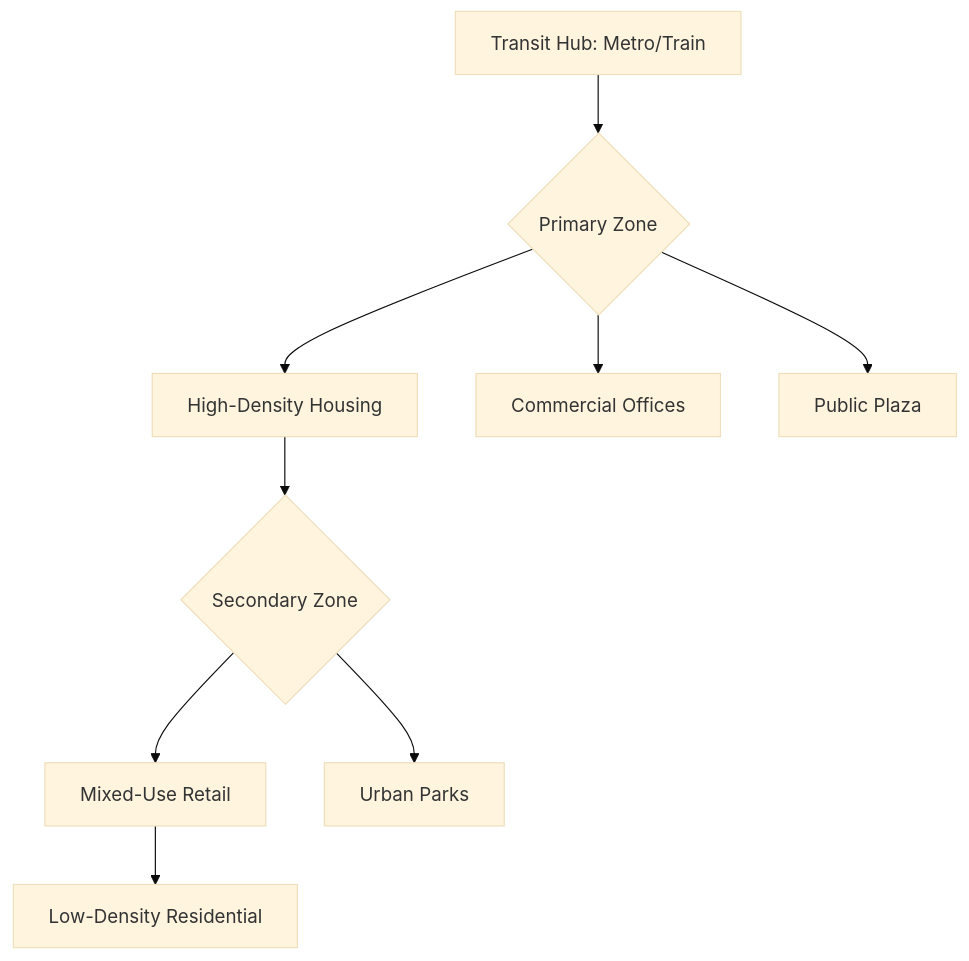
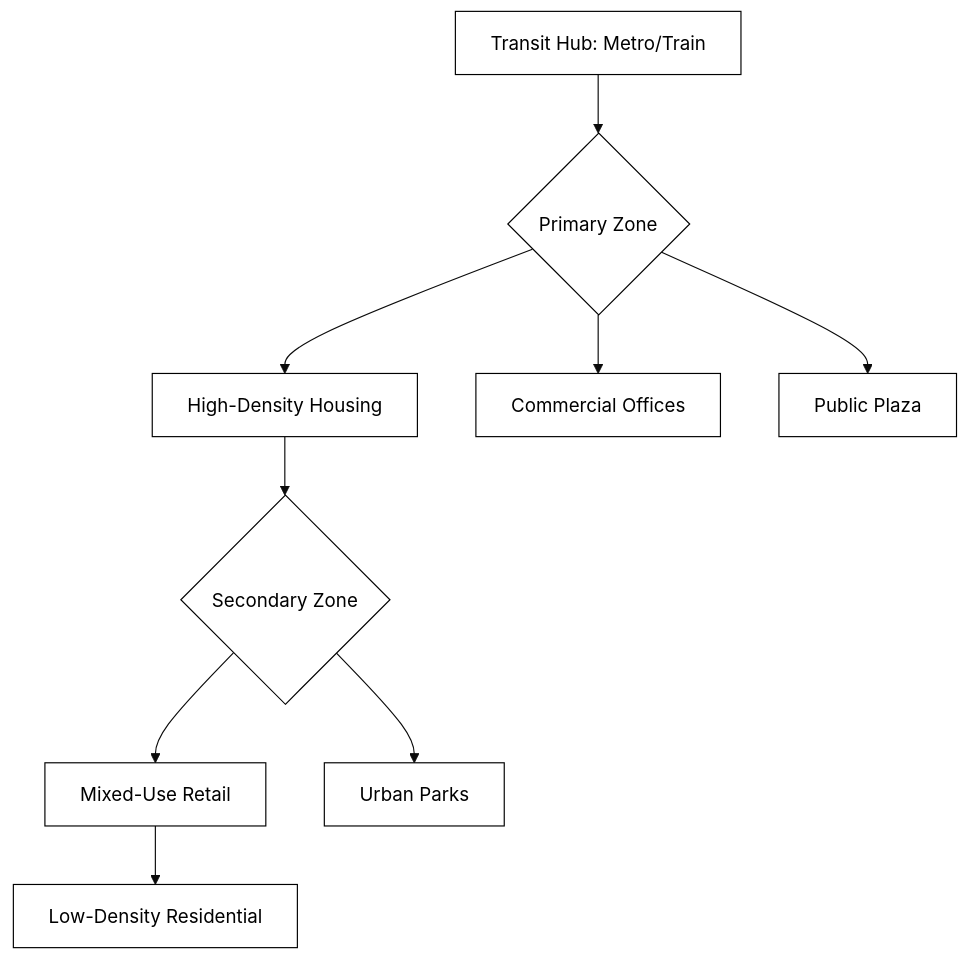
One commit to byucsstudent/simple changed the diagram in instruction/anothertest/anothertest.md. Above: the diagram before and after it, drawn with Mermaid (base theme).

Commit message:
update(city)

````diff
--- a/instruction/anothertest/anothertest.md
+++ b/instruction/anothertest/anothertest.md
@@ -24,11 +24,13 @@
 ```mermaid
 graph TD
     A[Transit Hub: Metro/Train] --> B{Primary Zone}
     B --> C[High-Density Housing]
     B --> D[Commercial Offices]
     B --> E[Public Plaza]
     C --> F{Secondary Zone}
     F --> G[Mixed-Use Retail]
     F --> H[Urban Parks]
     G --> I[Low-Density Residential]
+
+        classDef default fill:#ffffff,stroke:#000000,color:#000000,stroke-width:1px;
 ```
````
